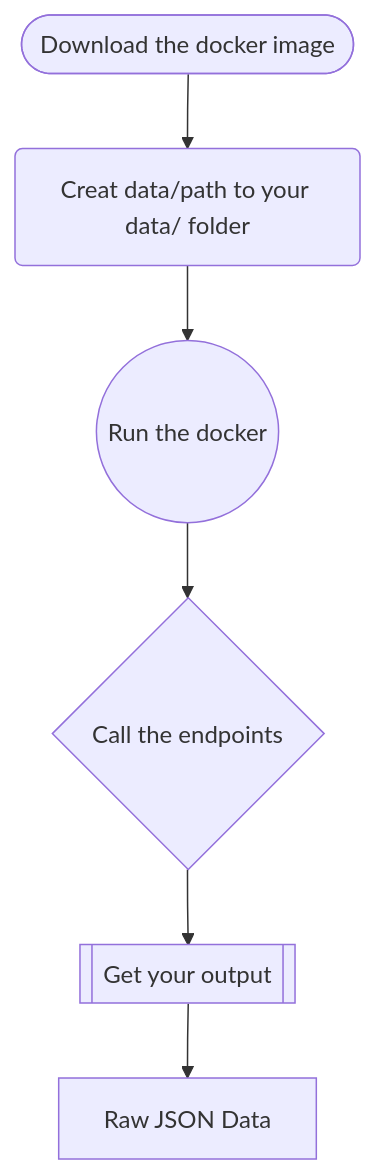
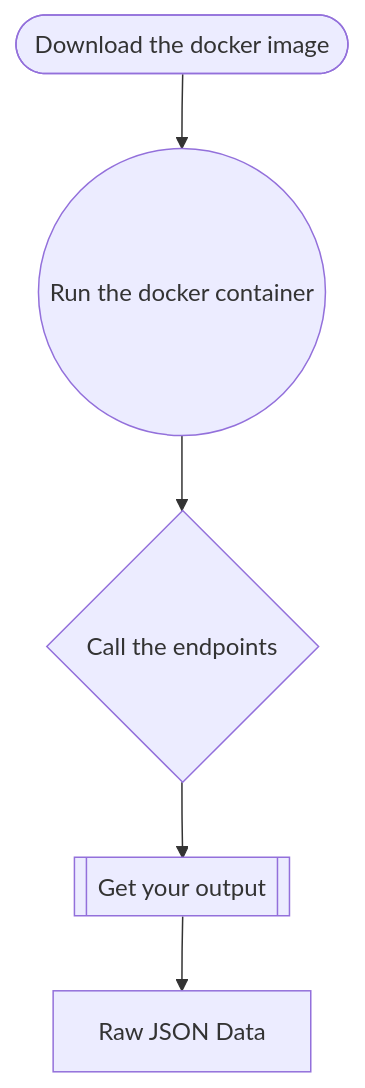
Before and after one commit to Biometix/biometix.github.io: the diagram in solutions/stateless.md, drawn with Mermaid.

Commit message:
fix: update solution stateless page

````diff
--- a/solutions/stateless.md
+++ b/solutions/stateless.md
@@ -23,9 +23,8 @@
 ``` mermaid
 
 graph TD
-    download([Download the docker image]) --> data(Creat data/path to your data/ folder)
-    data(Creat data/path to your data/ folder) --> run((Run the docker))
-    run((Run the docker)) --> endpoints{Call the endpoints}
+    download([Download the docker image]) --> run((Run the docker container))
+    run((Run the docker container)) --> endpoints{Call the endpoints}
     endpoints{Call the endpoints} --> output[[Get your output]]
     output[[Get your output]] --> json[Raw JSON Data]
 ```
````
